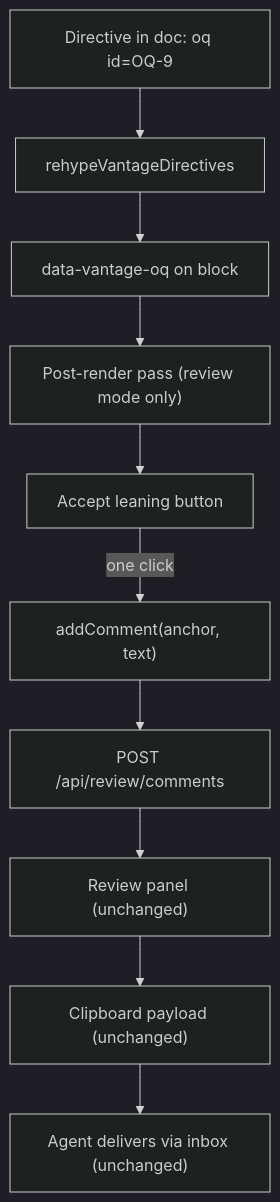
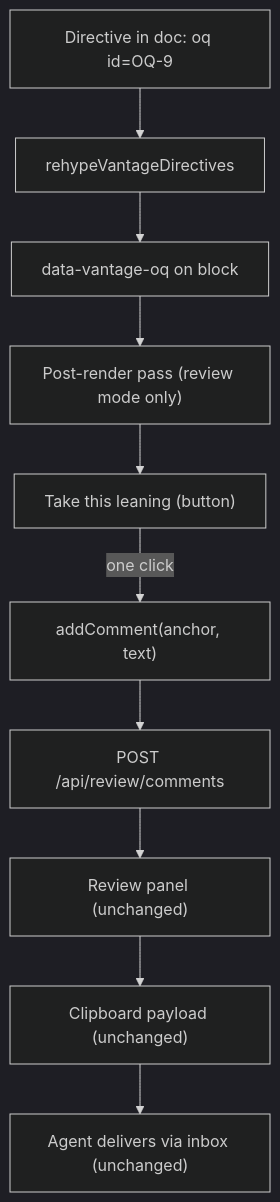
Before and after one commit to mschulkind-oss/vantage: the diagram in docs/design/inline-markup.md, drawn with Mermaid (dark theme). The commit also changed other lines of this file, not shown here.

````diff
--- a/docs/design/inline-markup.md
+++ b/docs/design/inline-markup.md
@@ -424,12 +494,12 @@
 ```mermaid
 flowchart TD
     dir["Directive in doc: oq id=OQ-9"] --> plug["rehypeVantageDirectives"]
     plug --> attr["data-vantage-oq on block"]
     attr --> hook["Post-render pass (review mode only)"]
-    hook --> btn["Accept leaning button"]
+    hook --> btn["Take this leaning (button)"]
     btn -->|"one click"| add["addComment(anchor, text)"]
     add --> cmd["POST /api/review/comments"]
     cmd --> panel["Review panel (unchanged)"]
     panel --> clip["Clipboard payload (unchanged)"]
     clip --> inbox["Agent delivers via inbox (unchanged)"]
 ```
````
